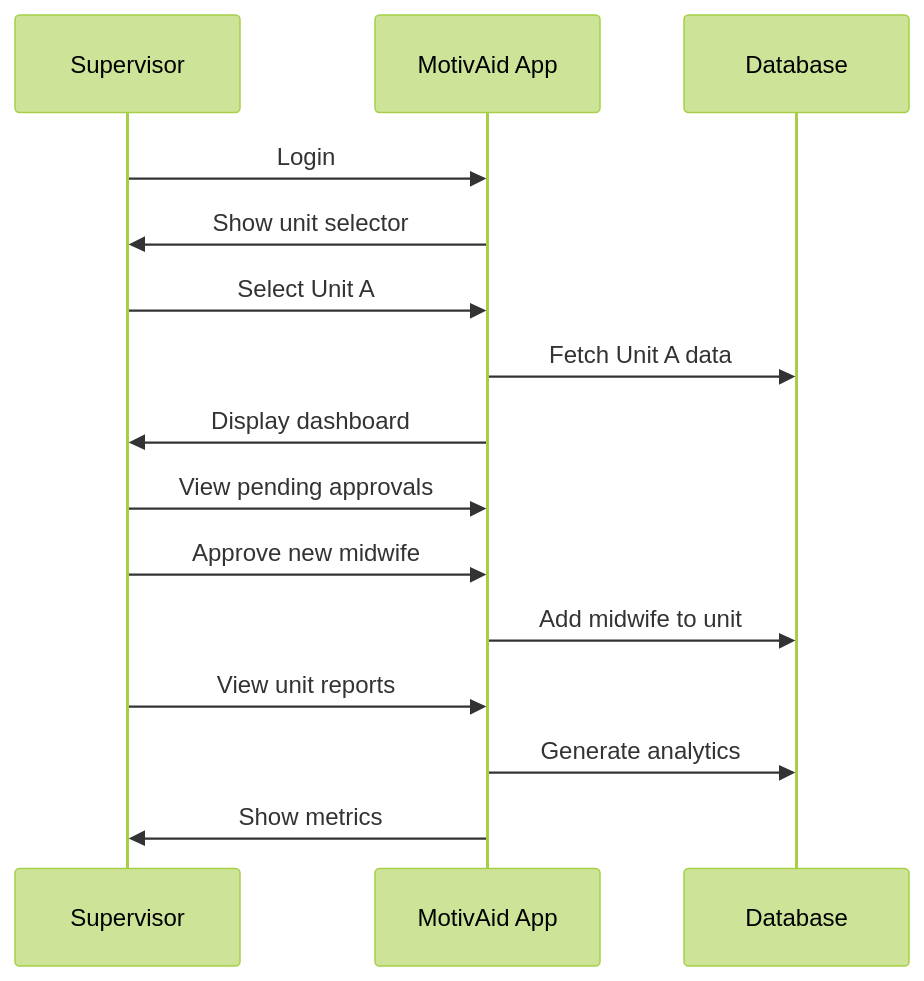
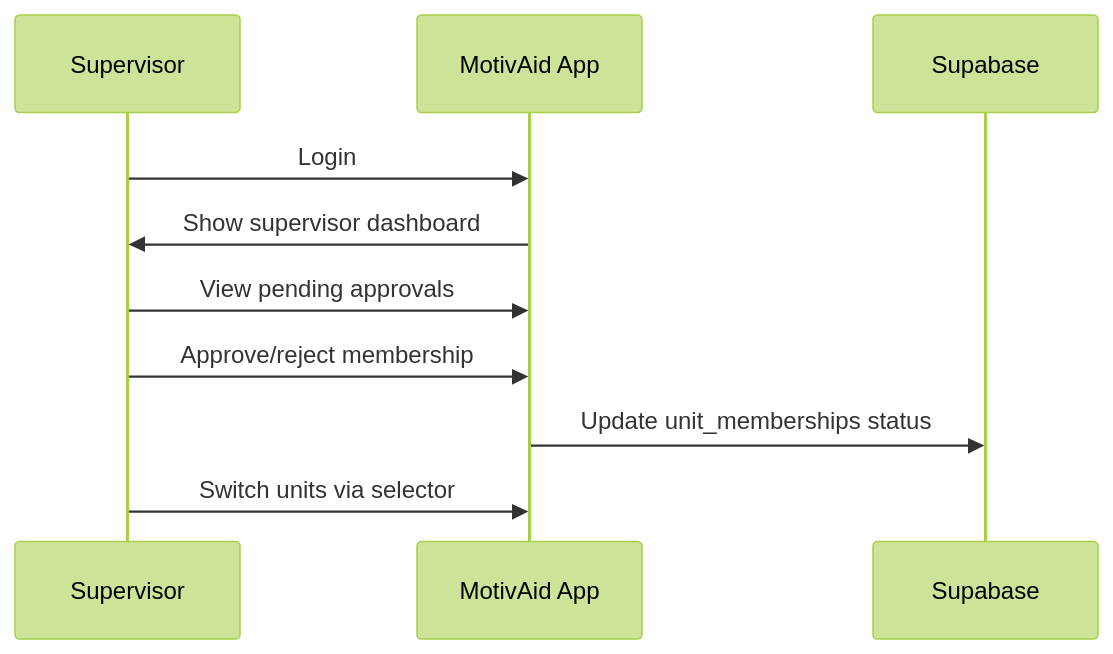
One commit to Abdulhalim7177/MotivAid-Native changed the third of 3 diagrams in docs/SYSTEM_DESCRIPTION.md. Above: the diagram before and after it, drawn with Mermaid (forest theme). The commit also changed other lines of this file and 14 other files, not shown here.

````diff
--- a/docs/SYSTEM_DESCRIPTION.md
+++ b/docs/SYSTEM_DESCRIPTION.md
@@ -114,18 +93,13 @@
 ```mermaid
 sequenceDiagram
     participant S as Supervisor
     participant App as MotivAid App
-    participant DB as Database
+    participant DB as Supabase
 
     S->>App: Login
-    App->>S: Show unit selector
-    S->>App: Select Unit A
-    App->>DB: Fetch Unit A data
-    App->>S: Display dashboard
+    App->>S: Show supervisor dashboard
     S->>App: View pending approvals
-    S->>App: Approve new midwife
-    App->>DB: Add midwife to unit
-    S->>App: View unit reports
-    App->>DB: Generate analytics
-    App->>S: Show metrics
+    S->>App: Approve/reject membership
+    App->>DB: Update unit_memberships status
+    S->>App: Switch units via selector
 ```
````
